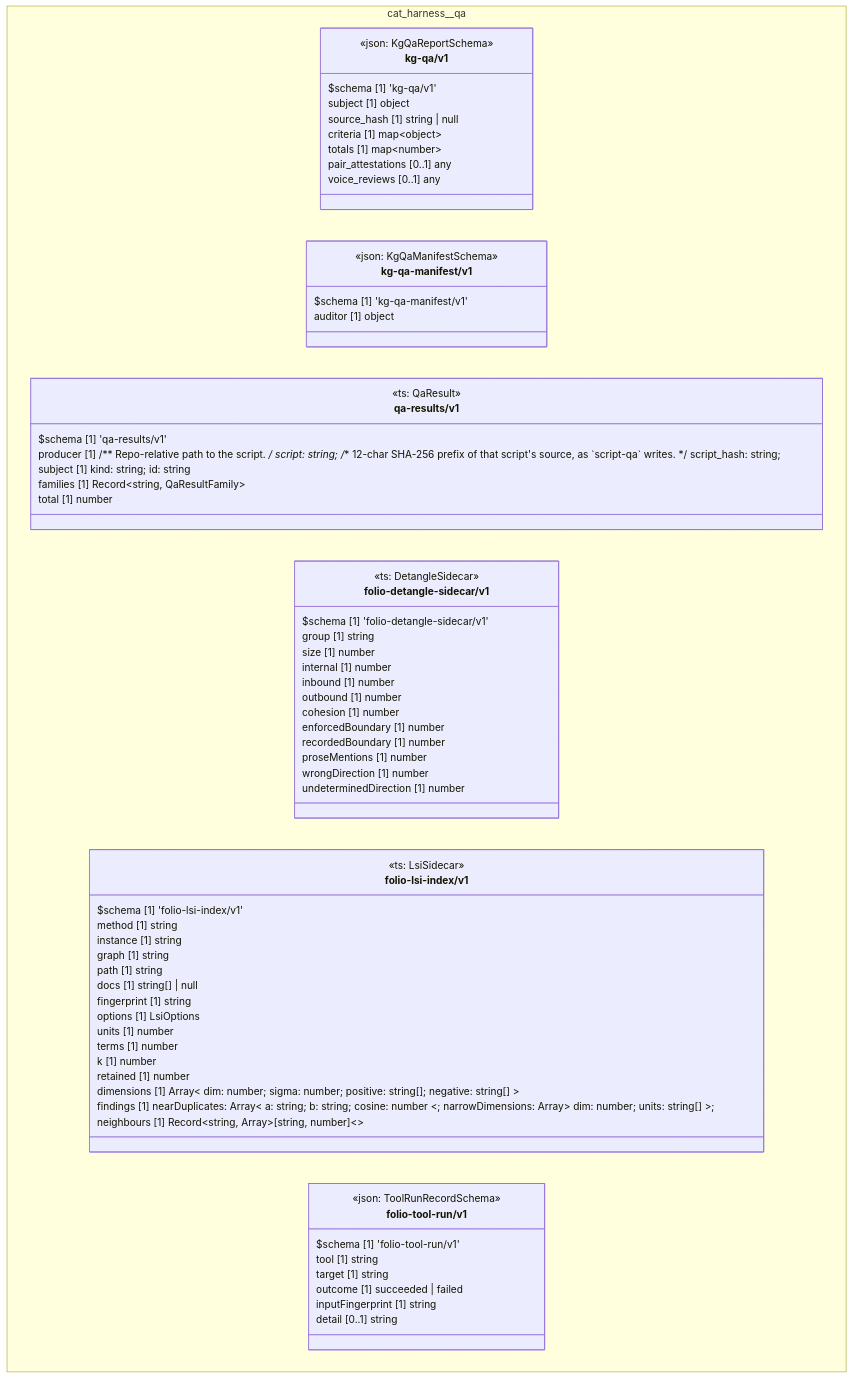
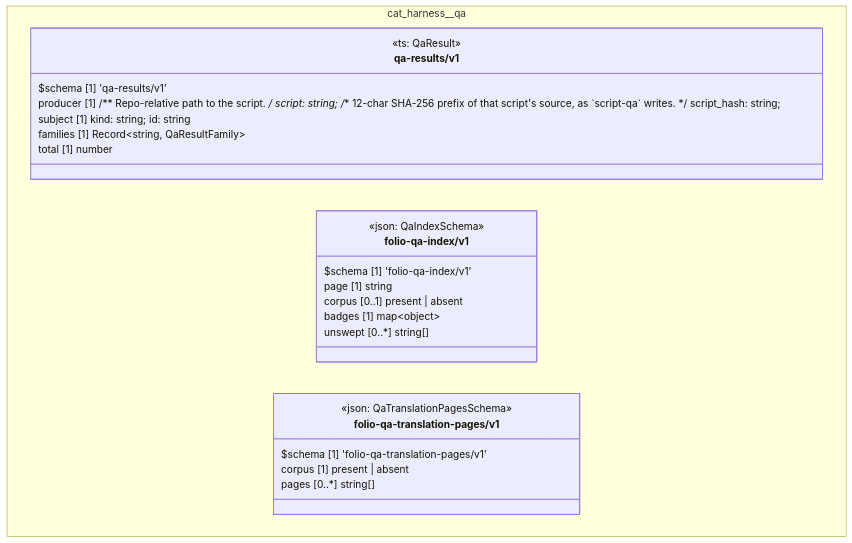
The diagram in cat-harness/uml/overview/cat-harness/qa.mmd (litlfred/folio-assistant), drawn with Mermaid before and after one commit. The commit also changed 14 other files, not shown here.

```diff
--- a/cat-harness/uml/overview/cat-harness/qa.mmd
+++ b/cat-harness/uml/overview/cat-harness/qa.mmd
@@ -1,75 +1,29 @@
 classDiagram
   direction TB
   namespace cat_harness__qa {
-    class cat_harness_qa_kg_qa_v1_kg_qa_v1["kg-qa/v1"] {
-      <<json: KgQaReportSchema>>
-      $schema [1] 'kg-qa/v1'
-      subject [1] object
-      source_hash [1] string | null
-      criteria [1] map~object~
-      totals [1] map~number~
-      pair_attestations [0..1] any
-      voice_reviews [0..1] any
-    }
-    class cat_harness_qa_kg_qa_manifest_v1_kg_qa_manifest_v1["kg-qa-manifest/v1"] {
-      <<json: KgQaManifestSchema>>
-      $schema [1] 'kg-qa-manifest/v1'
-      auditor [1] object
-    }
     class cat_harness_qa_qa_results_v1["qa-results/v1"] {
       <<ts: QaResult>>
       $schema [1] 'qa-results/v1'
       producer [1]  /** Repo-relative path to the script. */ script: string; /** 12-char SHA-256 prefix of that script's source, as `script-qa` writes. */ script_hash: string; 
       subject [1]  kind: string; id: string 
       families [1] Record~string, QaResultFamily~
       total [1] number
     }
-    class cat_harness_qa_folio_detangle_sidecar_v1["folio-detangle-sidecar/v1"] {
-      <<ts: DetangleSidecar>>
-      $schema [1] 'folio-detangle-sidecar/v1'
-      group [1] string
-      size [1] number
-      internal [1] number
-      inbound [1] number
-      outbound [1] number
-      cohesion [1] number
-      enforcedBoundary [1] number
-      recordedBoundary [1] number
-      proseMentions [1] number
-      wrongDirection [1] number
-      undeterminedDirection [1] number
+    class cat_harness_qa_folio_qa_index_v1_folio_qa_index_v1["folio-qa-index/v1"] {
+      <<json: QaIndexSchema>>
+      $schema [1] 'folio-qa-index/v1'
+      page [1] string
+      corpus [0..1] present | absent
+      badges [1] map~object~
+      unswept [0..*] string[]
     }
-    class cat_harness_qa_folio_lsi_index_v1["folio-lsi-index/v1"] {
-      <<ts: LsiSidecar>>
-      $schema [1] 'folio-lsi-index/v1'
-      method [1] string
-      instance [1] string
-      graph [1] string
-      path [1] string
-      docs [1] string[] | null
-      fingerprint [1] string
-      options [1] LsiOptions
-      units [1] number
-      terms [1] number
-      k [1] number
-      retained [1] number
-      dimensions [1] Array~ dim: number; sigma: number; positive: string[]; negative: string[] ~
-      findings [1]  nearDuplicates: Array~ a: string; b: string; cosine: number ~; narrowDimensions: Array~ dim: number; units: string[] ~; 
-      neighbours [1] Record~string, Array~[string, number]~~
-    }
-    class cat_harness_qa_folio_tool_run_v1_folio_tool_run_v1["folio-tool-run/v1"] {
-      <<json: ToolRunRecordSchema>>
-      $schema [1] 'folio-tool-run/v1'
-      tool [1] string
-      target [1] string
-      outcome [1] succeeded | failed
-      inputFingerprint [1] string
-      detail [0..1] string
+    class cat_harness_qa_folio_qa_translation_pages_v1_folio_qa_translation_pages_v1["folio-qa-translation-pages/v1"] {
+      <<json: QaTranslationPagesSchema>>
+      $schema [1] 'folio-qa-translation-pages/v1'
+      corpus [1] present | absent
+      pages [0..*] string[]
     }
   }
-  cssClass "cat_harness_qa_kg_qa_v1_kg_qa_v1" fa_uml_kind_qa
-  cssClass "cat_harness_qa_kg_qa_manifest_v1_kg_qa_manifest_v1" fa_uml_kind_qa
   cssClass "cat_harness_qa_qa_results_v1" fa_uml_kind_qa
-  cssClass "cat_harness_qa_folio_detangle_sidecar_v1" fa_uml_kind_qa
-  cssClass "cat_harness_qa_folio_lsi_index_v1" fa_uml_kind_qa
-  cssClass "cat_harness_qa_folio_tool_run_v1_folio_tool_run_v1" fa_uml_kind_qa
+  cssClass "cat_harness_qa_folio_qa_index_v1_folio_qa_index_v1" fa_uml_kind_qa
+  cssClass "cat_harness_qa_folio_qa_translation_pages_v1_folio_qa_translation_pages_v1" fa_uml_kind_qa
```
